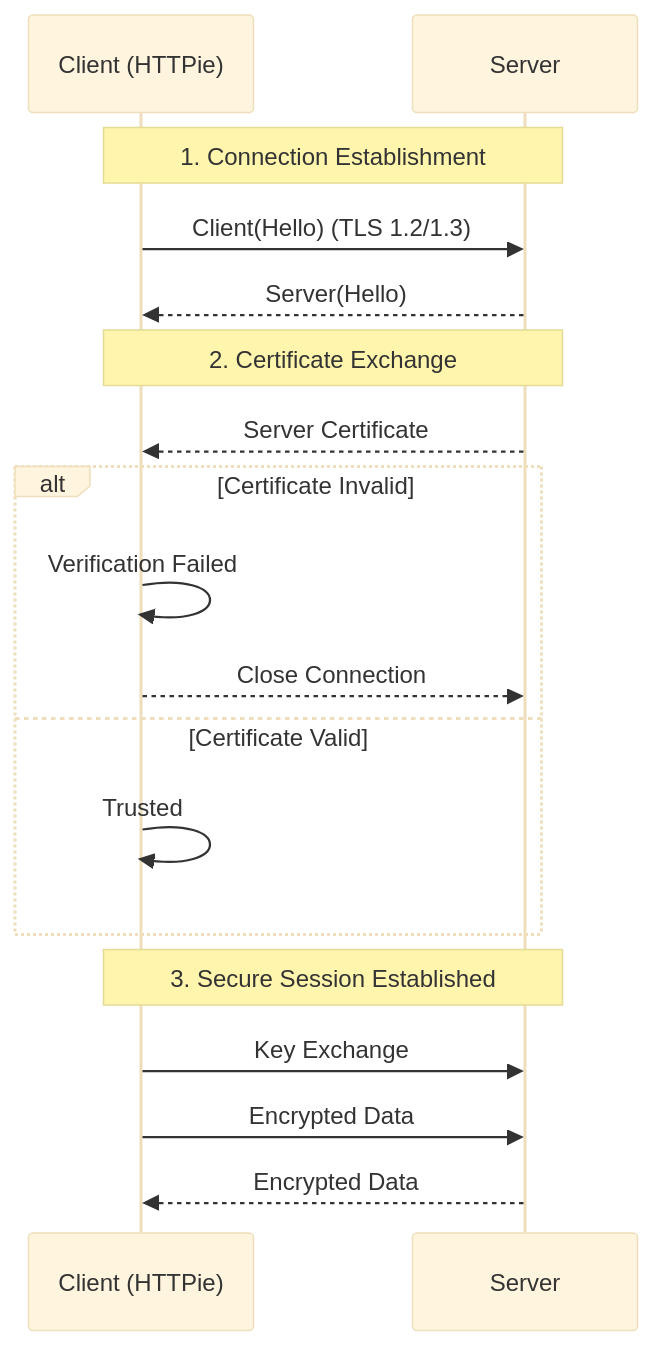
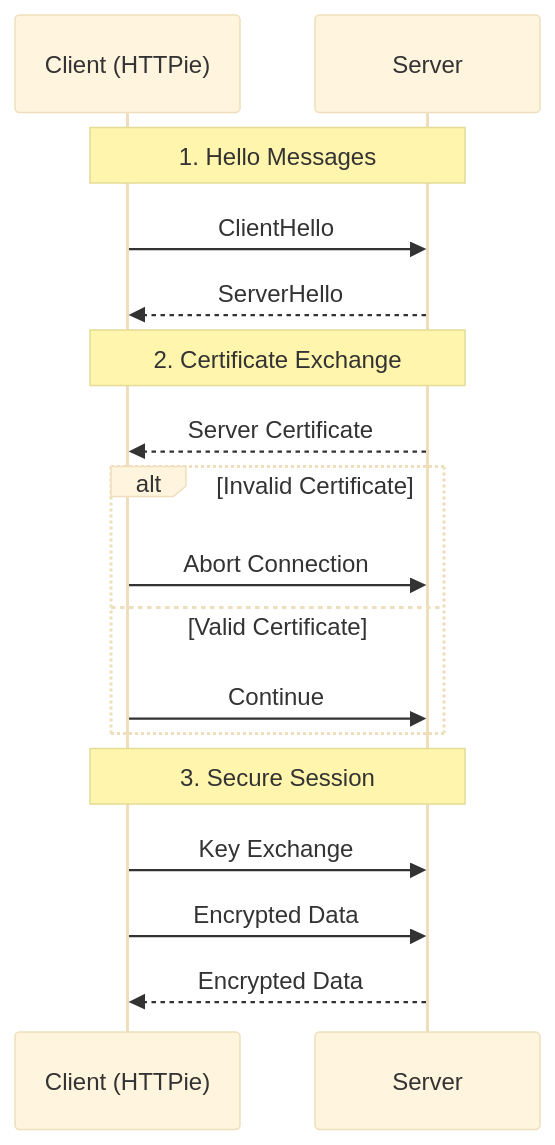
One commit to conCatenateAbdul/WriteOps-studio changed the diagram in docs/troubleshooting/common-issues.md. Above: the diagram before and after it, drawn with Mermaid (base theme).

````diff
--- a/docs/troubleshooting/common-issues.md
+++ b/docs/troubleshooting/common-issues.md
@@ -20,25 +20,24 @@
 ```mermaid
 %% GitHub-compatible Mermaid sequence diagram (no bidirectional arrows)
 sequenceDiagram
     participant C as Client (HTTPie)
     participant S as Server
 
-    Note over C,S: 1. Connection Establishment
-    C->>S: Client(Hello) (TLS 1.2/1.3)
-    S-->>C: Server(Hello)
+    Note over C,S: 1. Hello Messages
+    C->>S: ClientHello
+    S-->>C: ServerHello
 
     Note over C,S: 2. Certificate Exchange
     S-->>C: Server Certificate
 
-    alt Certificate Invalid
-        C->>C: Verification Failed
-        C-->>S: Close Connection
-    else Certificate Valid
-        C->>C: Trusted
+    alt Invalid Certificate
+        C->>S: Abort Connection
+    else Valid Certificate
+        C->>S: Continue
     end
 
-    Note over C,S: 3. Secure Session Established
+    Note over C,S: 3. Secure Session
     C->>S: Key Exchange
     C->>S: Encrypted Data
     S-->>C: Encrypted Data
 ```
````
